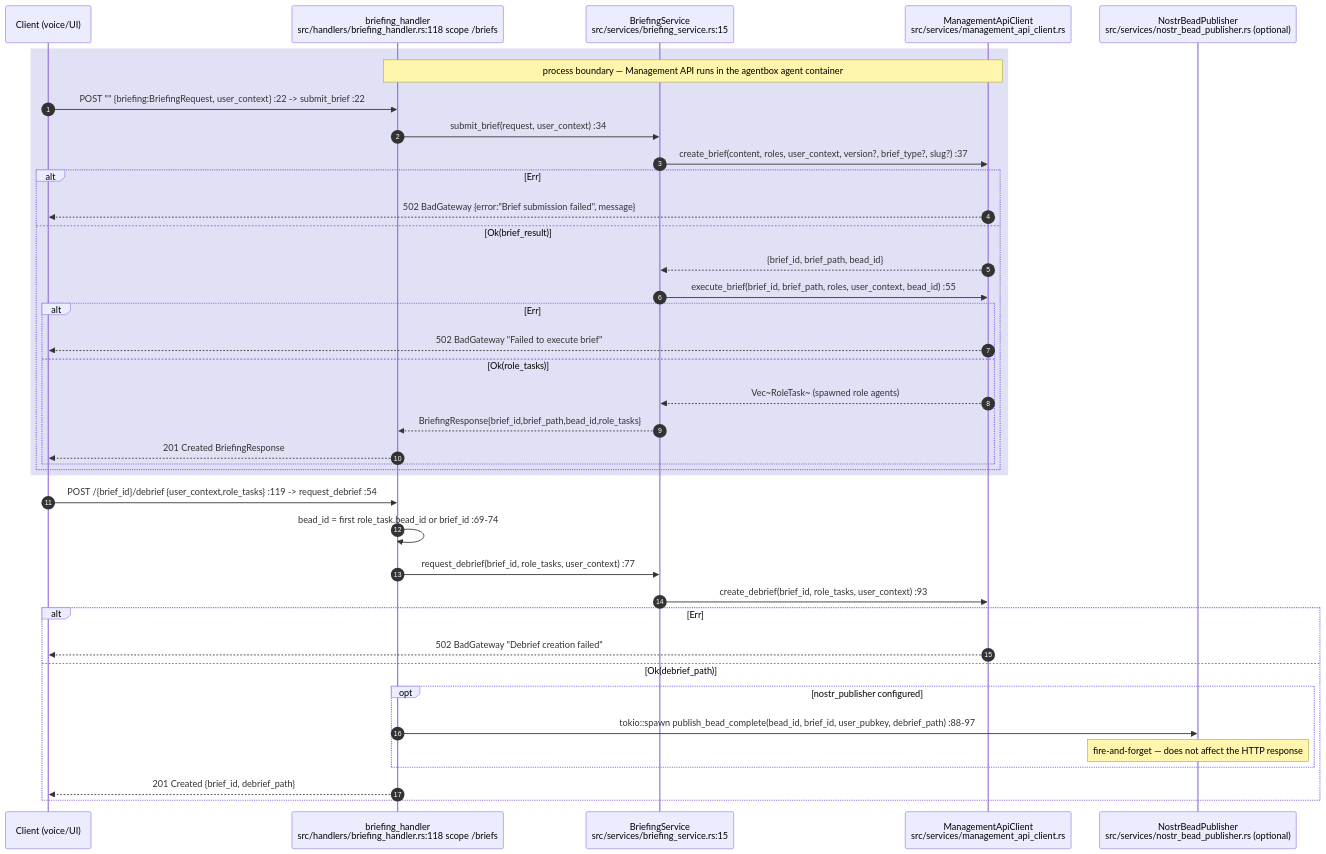
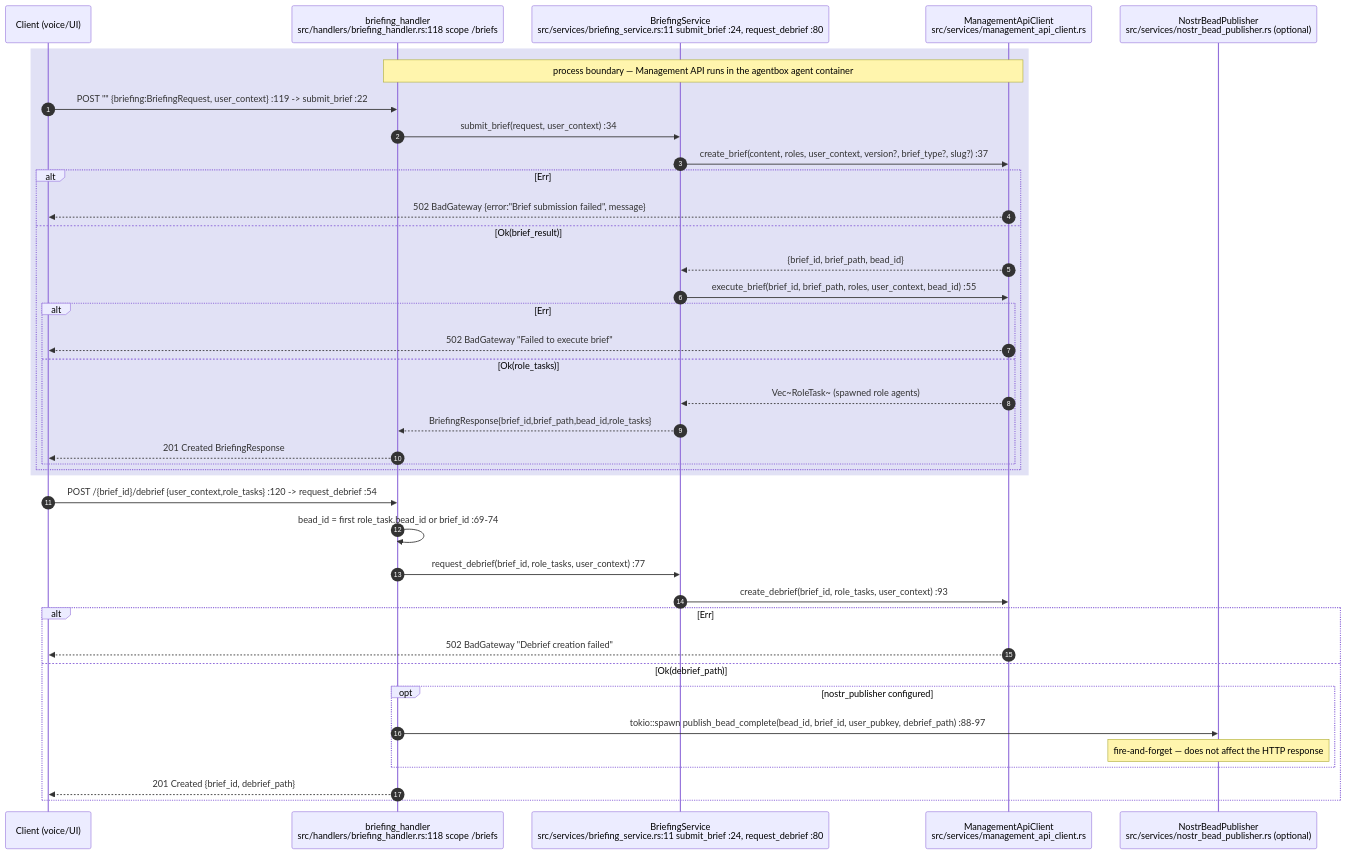
The ninth of 18 diagrams in docs/diagrams/visionclaw/05-handlers-governance-and-identity.md (DreamLab-AI/VisionFlow), drawn with Mermaid before and after one commit. The commit also changed other lines of this file and 52 other files, not shown here.

First line of the commit message:
docs(diagrams): wave 3 checkpoint — bare line refs resolved, revision-pinned cite-check, VC-05/AB-01..13 re-attested

````diff
--- a/docs/diagrams/visionclaw/05-handlers-governance-and-identity.md
+++ b/docs/diagrams/visionclaw/05-handlers-governance-and-identity.md
@@ -470,42 +471,42 @@
 ```mermaid
 sequenceDiagram
     autonumber
     participant C as Client (voice/UI)
     participant H as briefing_handler<br/>src/handlers/briefing_handler.rs:118 scope /briefs
-    participant BS as BriefingService<br/>src/services/briefing_service.rs:15
+    participant BS as BriefingService<br/>src/services/briefing_service.rs:11 submit_brief :24, request_debrief :80
     participant MA as ManagementApiClient<br/>src/services/management_api_client.rs
     participant NB as NostrBeadPublisher<br/>src/services/nostr_bead_publisher.rs (optional)
 
     rect rgb(225,225,245)
     Note over H,MA: process boundary — Management API runs in the agentbox agent container
-    C->>H: POST "" {briefing:BriefingRequest, user_context} :22 -> submit_brief :22
+    C->>H: POST "" {briefing:BriefingRequest, user_context} :119 -> submit_brief :22
     H->>BS: submit_brief(request, user_context) :34
     BS->>MA: create_brief(content, roles, user_context, version?, brief_type?, slug?) :37
     alt Err
         MA-->>C: 502 BadGateway {error:"Brief submission failed", message}
     else Ok(brief_result)
         MA-->>BS: {brief_id, brief_path, bead_id}
         BS->>MA: execute_brief(brief_id, brief_path, roles, user_context, bead_id) :55
         alt Err
             MA-->>C: 502 BadGateway "Failed to execute brief"
         else Ok(role_tasks)
             MA-->>BS: Vec~RoleTask~ (spawned role agents)
             BS-->>H: BriefingResponse{brief_id,brief_path,bead_id,role_tasks}
             H-->>C: 201 Created BriefingResponse
         end
     end
     end
-    C->>H: POST /{brief_id}/debrief {user_context,role_tasks} :119 -> request_debrief :54
+    C->>H: POST /{brief_id}/debrief {user_context,role_tasks} :120 -> request_debrief :54
     H->>H: bead_id = first role_task.bead_id or brief_id :69-74
     H->>BS: request_debrief(brief_id, role_tasks, user_context) :77
     BS->>MA: create_debrief(brief_id, role_tasks, user_context) :93
     alt Err
         MA-->>C: 502 BadGateway "Debrief creation failed"
     else Ok(debrief_path)
         opt nostr_publisher configured
             H->>NB: tokio::spawn publish_bead_complete(bead_id, brief_id, user_pubkey, debrief_path) :88-97
             Note over NB: fire-and-forget — does not affect the HTTP response
         end
         H-->>C: 201 Created {brief_id, debrief_path}
     end
 ```
````
